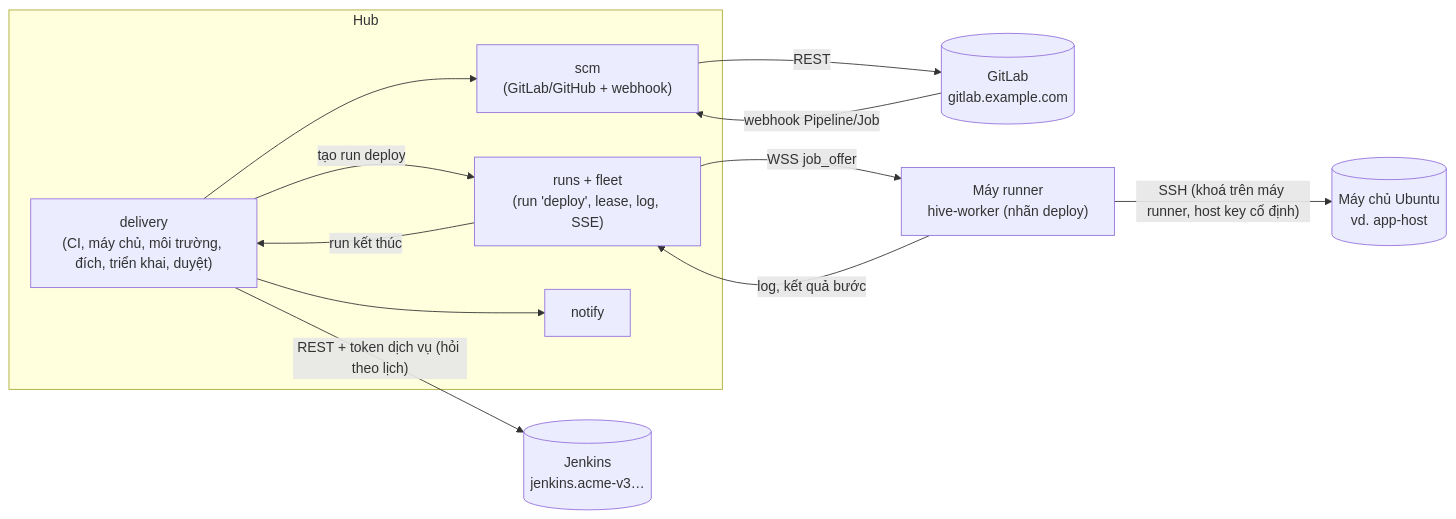
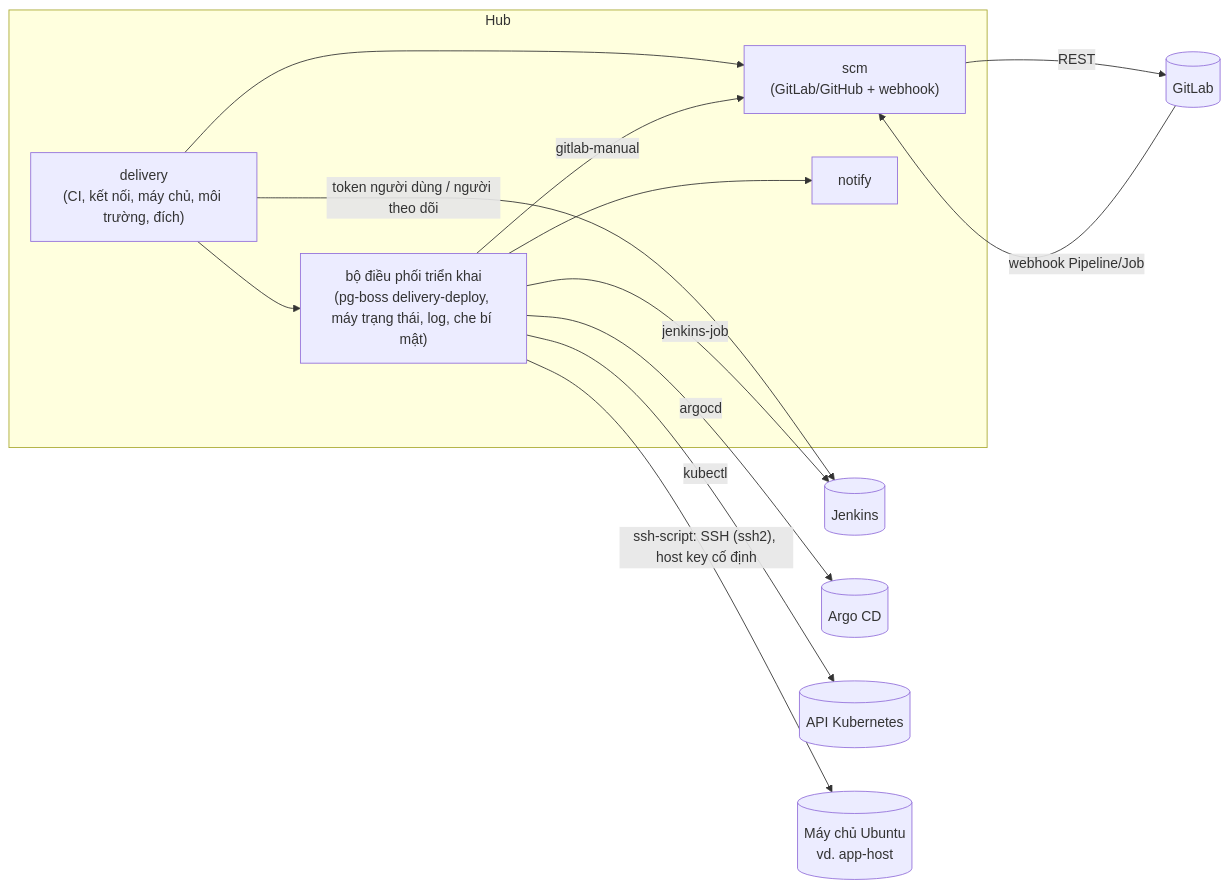
One commit to tdduydev/xdev-hive changed the diagram in specs/020-cicd-console/plan.md. Above: the diagram before and after it, drawn with Mermaid. The commit also changed other lines of this file and 1 other file, not shown here.

First line of the commit message:
docs(spec-020): record owner answers Q1-Q16 and rework the deploy design

````diff
--- a/specs/020-cicd-console/plan.md
+++ b/specs/020-cicd-console/plan.md
@@ -59,22 +58,24 @@
 ```mermaid
 flowchart LR
   subgraph Hub
-    D["delivery\n(CI, máy chủ, môi trường, đích, triển khai, duyệt)"]
+    D["delivery\n(CI, kết nối, máy chủ, môi trường, đích)"]
+    O["bộ điều phối triển khai\n(pg-boss delivery-deploy, máy trạng thái, log, che bí mật)"]
     S["scm\n(GitLab/GitHub + webhook)"]
-    R["runs + fleet\n(run 'deploy', lease, log, SSE)"]
     N["notify"]
   end
-  J[("Jenkins\njenkins.acme-v3…")]
-  G[("GitLab\ngitlab.example.com")]
-  W["Máy runner\nhive-worker (nhãn deploy)"]
+  J[("Jenkins")]
+  G[("GitLab")]
+  A[("Argo CD")]
+  K[("API Kubernetes")]
   M[("Máy chủ Ubuntu\nvd. app-host")]
-  D -- "REST + token dịch vụ (hỏi theo lịch)" --> J
-  D --> S -- "REST" --> G
+  D -- "token người dùng / người theo dõi" --> J
+  D --> S -- REST --> G
   G -- "webhook Pipeline/Job" --> S
-  D -- "tạo run deploy" --> R
-  R -- "WSS job_offer" --> W
-  W -- "SSH (khoá trên máy runner, host key cố định)" --> M
-  W -- "log, kết quả bước" --> R
-  R -- "run kết thúc" --> D
-  D --> N
+  D --> O
+  O -- "ssh-script: SSH (ssh2), host key cố định" --> M
+  O -- "jenkins-job" --> J
+  O -- "gitlab-manual" --> S
+  O -- "argocd" --> A
+  O -- "kubectl" --> K
+  O --> N
 ```
````
